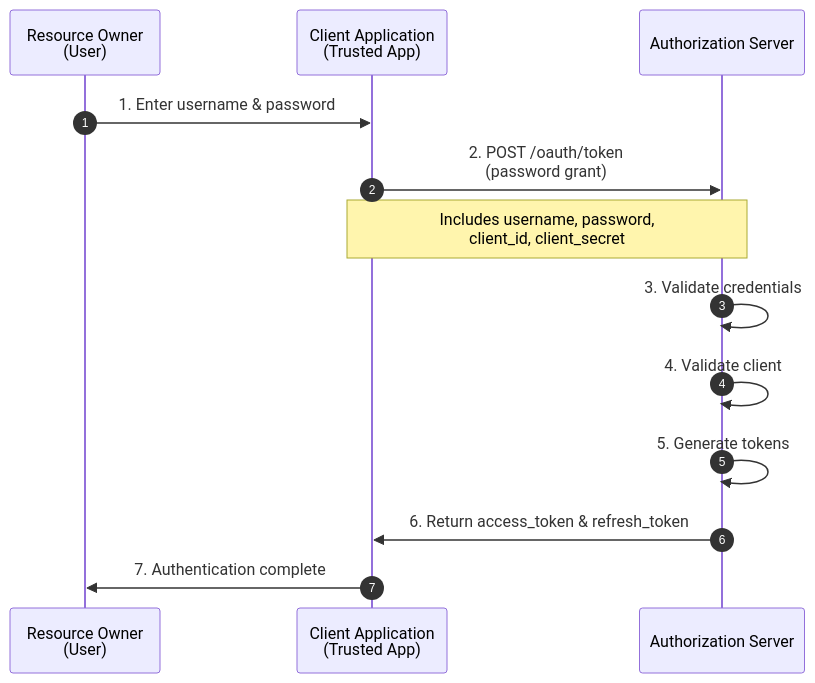
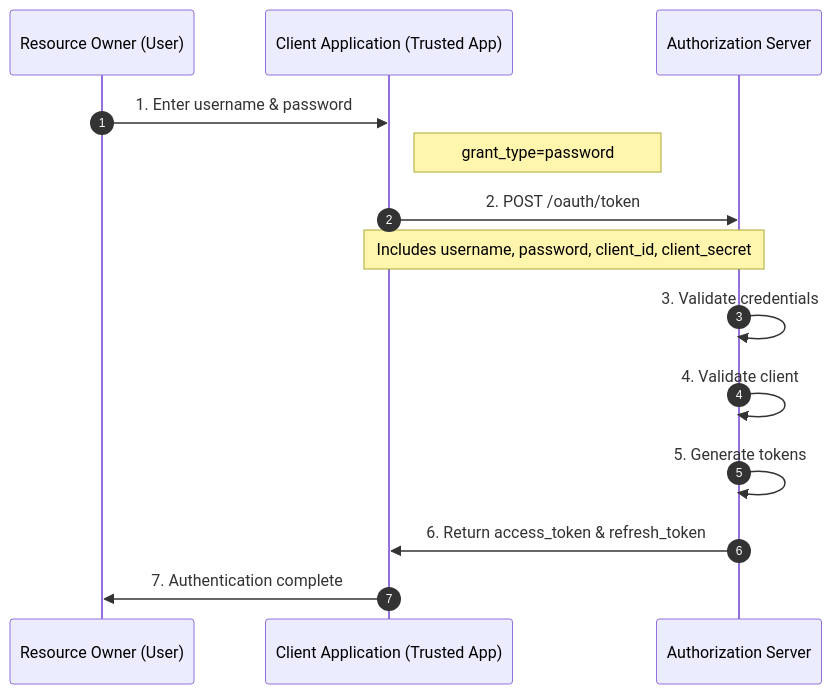
One commit to ianlintner/rust-oauth2-server changed the diagram in docs/flows/password.md. Above: the diagram before and after it, drawn with Mermaid. The commit also changed 11 other files, not shown here.

First line of the commit message:
Fix mermaid diagram labels and improve markdown formatting (#28)

````diff
--- a/docs/flows/password.md
+++ b/docs/flows/password.md
@@ -24,18 +24,19 @@
 ```mermaid
 sequenceDiagram
     autonumber
-    participant User as Resource Owner<br/>(User)
-    participant Client as Client Application<br/>(Trusted App)
+    participant User as Resource Owner (User)
+    participant Client as Client Application (Trusted App)
     participant AuthServer as Authorization Server
     
     User->>Client: 1. Enter username & password
-    Client->>AuthServer: 2. POST /oauth/token<br/>(password grant)
-    Note over Client,AuthServer: Includes username, password,<br/>client_id, client_secret
+    Note right of Client: grant_type=password
+    Client->>AuthServer: 2. POST /oauth/token
+    Note over Client,AuthServer: Includes username, password, client_id, client_secret
     
     AuthServer->>AuthServer: 3. Validate credentials
     AuthServer->>AuthServer: 4. Validate client
     AuthServer->>AuthServer: 5. Generate tokens
     
     AuthServer->>Client: 6. Return access_token & refresh_token
     Client->>User: 7. Authentication complete
 ```
````
